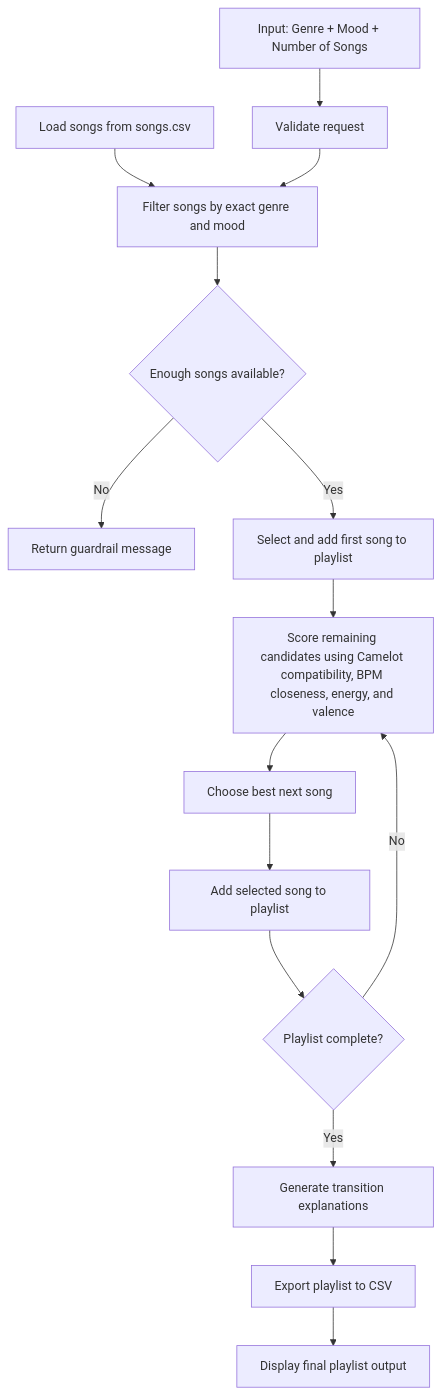
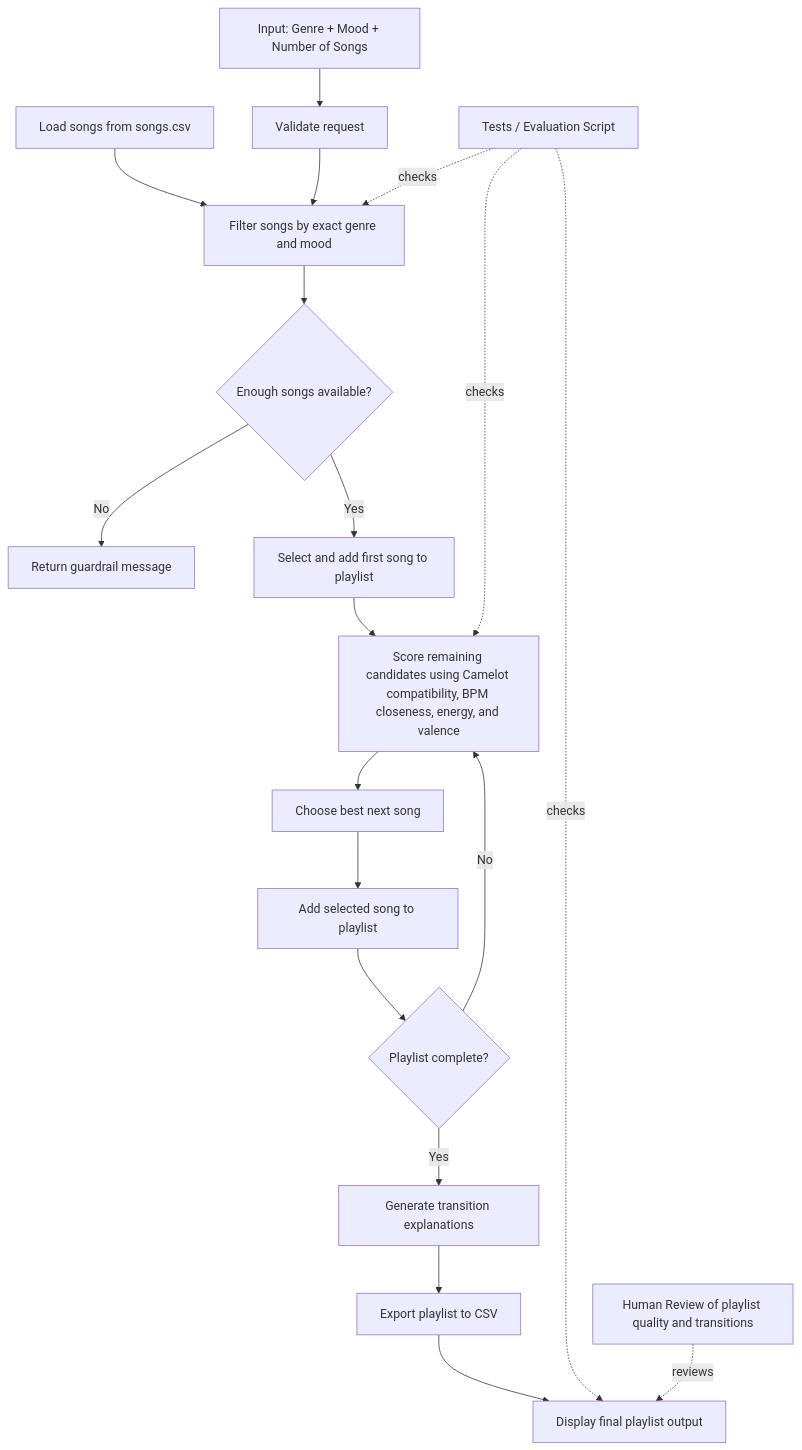
The diagram in diagram.md (saam-kavusi/tempowave-ai), drawn with Mermaid before and after one commit. The commit also changed 4 other files, not shown here.

````diff
--- a/diagram.md
+++ b/diagram.md
@@ -1,32 +1,40 @@
 ```mermaid
 flowchart TD
     A[Input: Genre + Mood + Number of Songs]
     B[Load songs from songs.csv]
     C[Validate request]
     D[Filter songs by exact genre and mood]
     E{Enough songs available?}
     F[Return guardrail message]
     G[Select and add first song to playlist]
     H[Score remaining candidates using Camelot compatibility, BPM closeness, energy, and valence]
     I[Choose best next song]
     J[Add selected song to playlist]
     K{Playlist complete?}
     L[Generate transition explanations]
     M[Export playlist to CSV]
     N[Display final playlist output]
 
+    T[Tests / Evaluation Script]
+    U[Human Review of playlist quality and transitions]
+
     A --> C
     B --> D
     C --> D
     D --> E
     E -- No --> F
     E -- Yes --> G
     G --> H
     H --> I
     I --> J
     J --> K
     K -- No --> H
     K -- Yes --> L
     L --> M
     M --> N
+
+    T -. checks .-> D
+    T -. checks .-> H
+    T -. checks .-> N
+    U -. reviews .-> N
 ```
````
